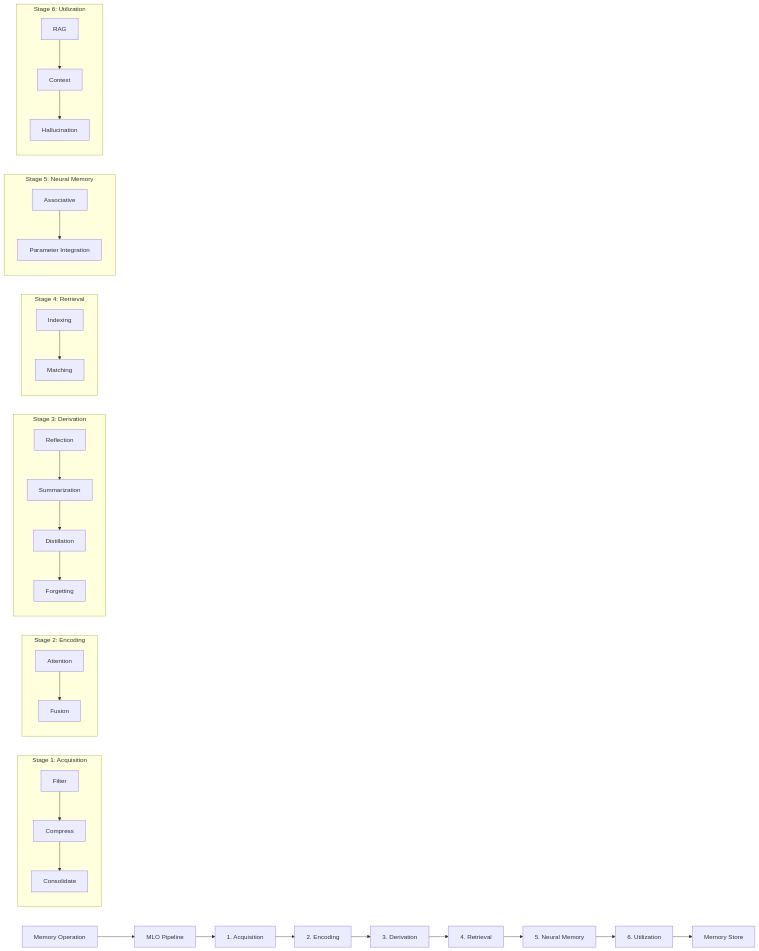
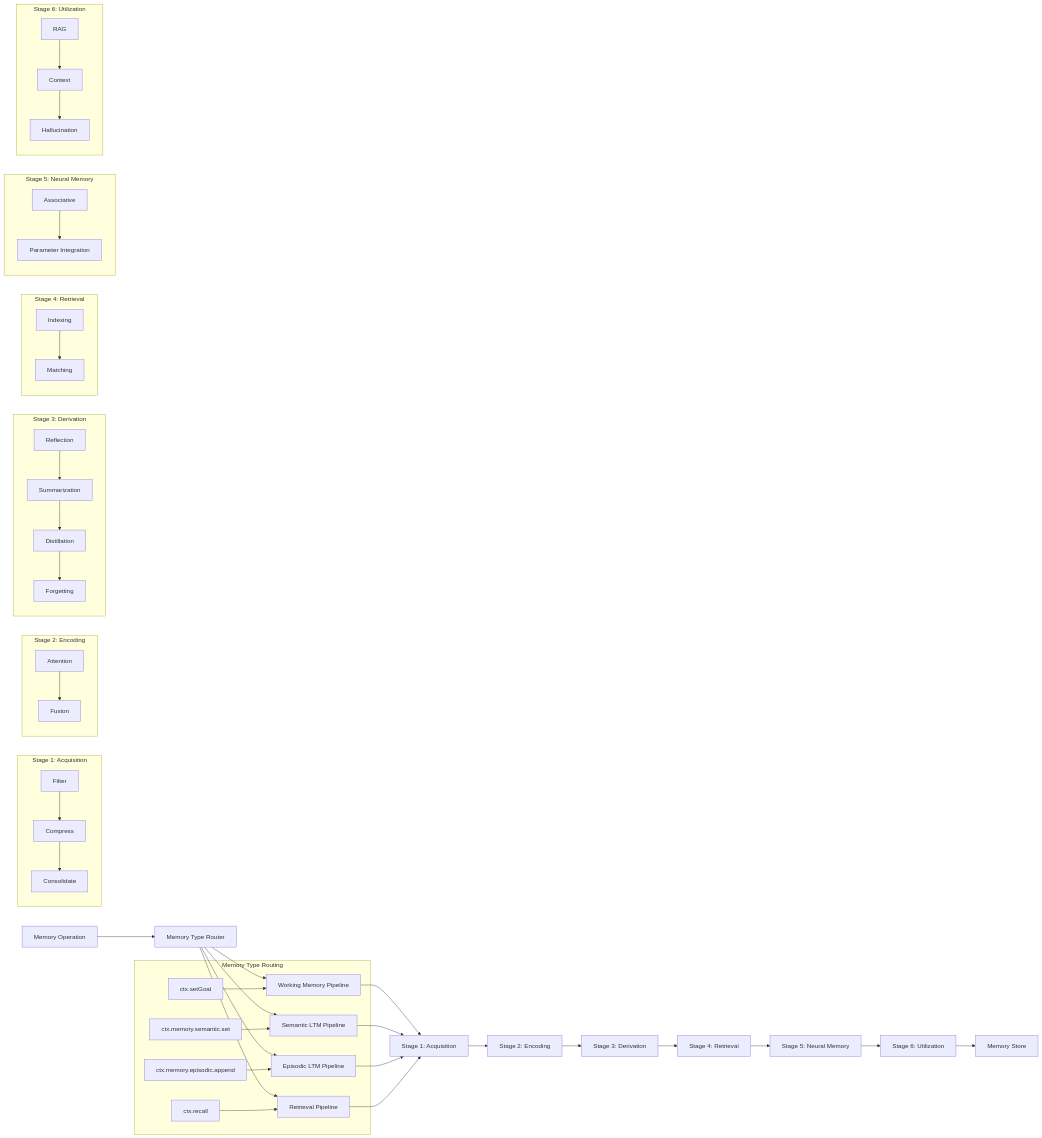
Before and after one commit to a2arium/callAgent: the diagram in apps/docs/memory/mlo-architecture.md, drawn with Mermaid. The commit also changed other lines of this file and 30 other files, not shown here.

````diff
--- a/apps/docs/memory/mlo-architecture.md
+++ b/apps/docs/memory/mlo-architecture.md
@@ -9,35 +11,51 @@
 ```mermaid
 graph LR
-    A[Memory Operation] --> B[MLO Pipeline]
-    B --> C[1. Acquisition]
-    C --> D[2. Encoding]
-    D --> E[3. Derivation]
-    E --> F[4. Retrieval]
-    F --> G[5. Neural Memory]
-    G --> H[6. Utilization]
-    H --> I[Memory Store]
+    A[Memory Operation] --> B[Memory Type Router]
+    B --> C1[Working Memory Pipeline]
+    B --> C2[Semantic LTM Pipeline]
+    B --> C3[Episodic LTM Pipeline]
+    B --> C4[Retrieval Pipeline]
+    
+    C1 --> D[Stage 1: Acquisition]
+    C2 --> D
+    C3 --> D
+    C4 --> D
+    
+    D --> E[Stage 2: Encoding]
+    E --> F[Stage 3: Derivation]
+    F --> G[Stage 4: Retrieval]
+    G --> H[Stage 5: Neural Memory]
+    H --> I[Stage 6: Utilization]
+    I --> J[Memory Store]
+    
+    subgraph "Memory Type Routing"
+        B1[ctx.setGoal] --> C1
+        B2[ctx.memory.semantic.set] --> C2
+        B3[ctx.memory.episodic.append] --> C3
+        B4[ctx.recall] --> C4
+    end
     
     subgraph "Stage 1: Acquisition"
-        C1[Filter] --> C2[Compress] --> C3[Consolidate]
+        D1[Filter] --> D2[Compress] --> D3[Consolidate]
     end
     
     subgraph "Stage 2: Encoding"
-        D1[Attention] --> D2[Fusion]
+        E1[Attention] --> E2[Fusion]
     end
     
     subgraph "Stage 3: Derivation"
-        E1[Reflection] --> E2[Summarization] --> E3[Distillation] --> E4[Forgetting]
+        F1[Reflection] --> F2[Summarization] --> F3[Distillation] --> F4[Forgetting]
     end
     
     subgraph "Stage 4: Retrieval"
-        F1[Indexing] --> F2[Matching]
+        G1[Indexing] --> G2[Matching]
     end
     
     subgraph "Stage 5: Neural Memory"
-        G1[Associative] --> G2[Parameter Integration]
+        H1[Associative] --> H2[Parameter Integration]
     end
     
     subgraph "Stage 6: Utilization"
-        H1[RAG] --> H2[Context] --> H3[Hallucination]
+        I1[RAG] --> I2[Context] --> I3[Hallucination]
     end
 ```
````
